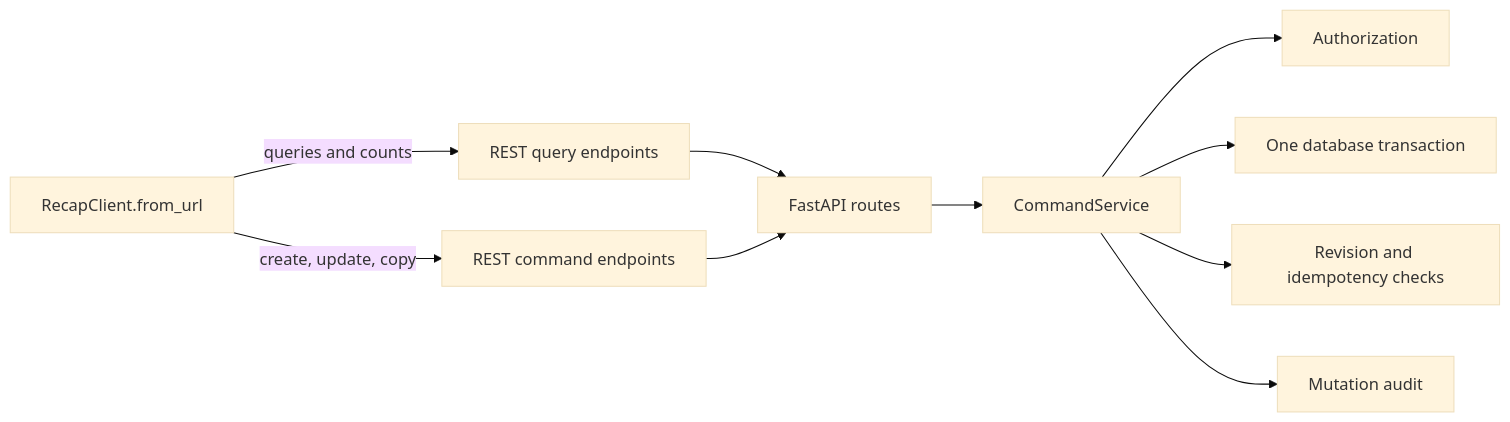
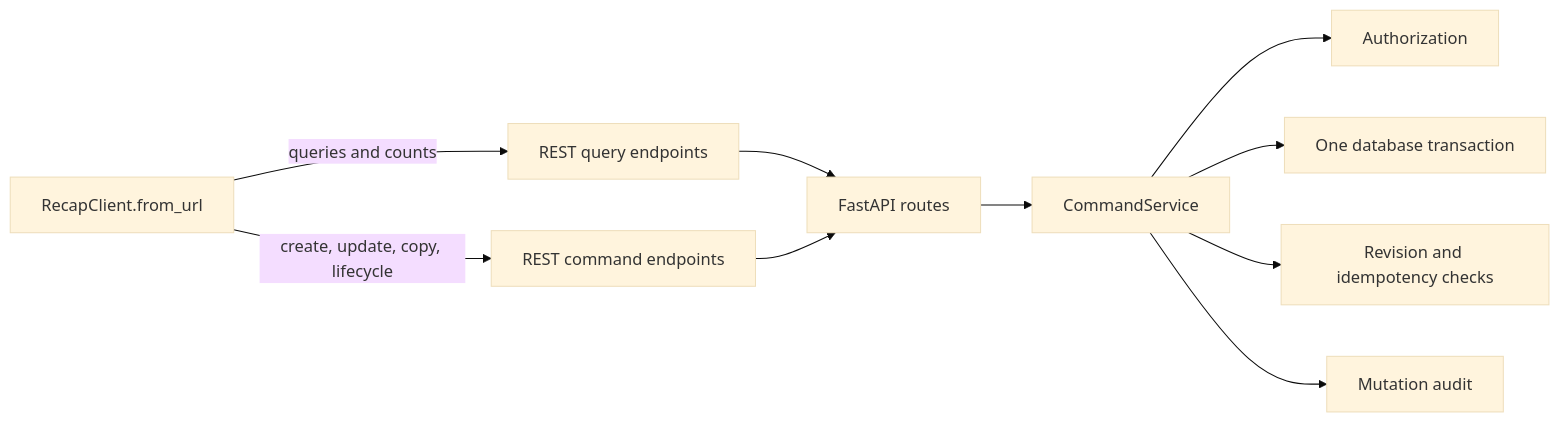
The diagram in docs/explanation/rest-query-architecture.qmd (NSLS2/recap), drawn with Mermaid (base theme) before and after one commit. The commit also changed other lines of this file and 22 other files, not shown here.

````diff
--- a/docs/explanation/rest-query-architecture.qmd
+++ b/docs/explanation/rest-query-architecture.qmd
@@ -10,15 +10,15 @@
 ```{mermaid}
 %%| fig-cap: "Remote RECAP client read and write transports"
 %%| fig-cap-location: bottom
 flowchart LR
     Client[RecapClient.from_url]
     Client -->|queries and counts| RESTQuery[REST query endpoints]
-    Client -->|create, update, copy| REST[REST command endpoints]
+    Client -->|create, update, copy, lifecycle| REST[REST command endpoints]
     RESTQuery --> Routes[FastAPI routes]
     REST --> Routes[FastAPI routes]
     Routes --> Commands[CommandService]
     Commands --> Auth[Authorization]
     Commands --> Tx[One database transaction]
     Commands --> Revision[Revision and idempotency checks]
     Commands --> Audit[Mutation audit]
 ```
````
